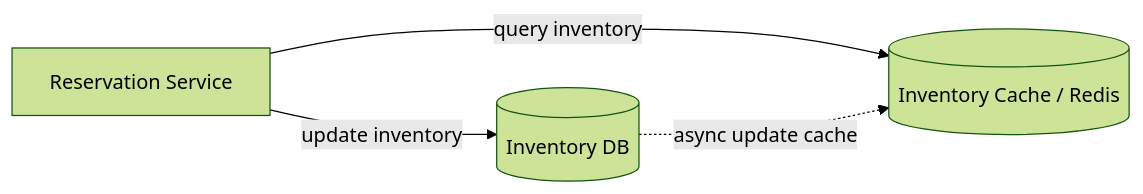
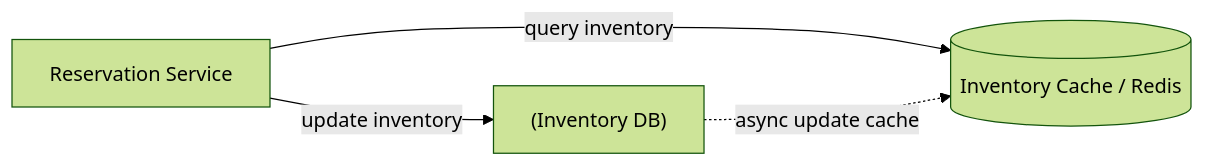
One commit to pankajThakur1874/studysheet changed the third of 3 diagrams in files/Book-System-Design-Vol-2/07-hotel-reservation-system.md. Above: the diagram before and after it, drawn with Mermaid (forest theme). The commit also changed other lines of this file and 102 other files, not shown here.

Commit message:
Auto-fix Mermaid diagram syntax across all study guides to prevent Syntax Error in Mermaid v10

````diff
--- a/files/Book-System-Design-Vol-2/07-hotel-reservation-system.md
+++ b/files/Book-System-Design-Vol-2/07-hotel-reservation-system.md
@@ -115,6 +115,6 @@
 ```mermaid
 flowchart LR
-    RS[Reservation Service] -->|query inventory| IC[(Inventory Cache / Redis)]
-    RS -->|update inventory| IDB[(Inventory DB)]
+    RS[Reservation Service] -->|query inventory| IC[("Inventory Cache / Redis")]
+    RS -->|update inventory| IDB["(Inventory DB)"]
     IDB -.async update cache.-> IC
 ```
````
